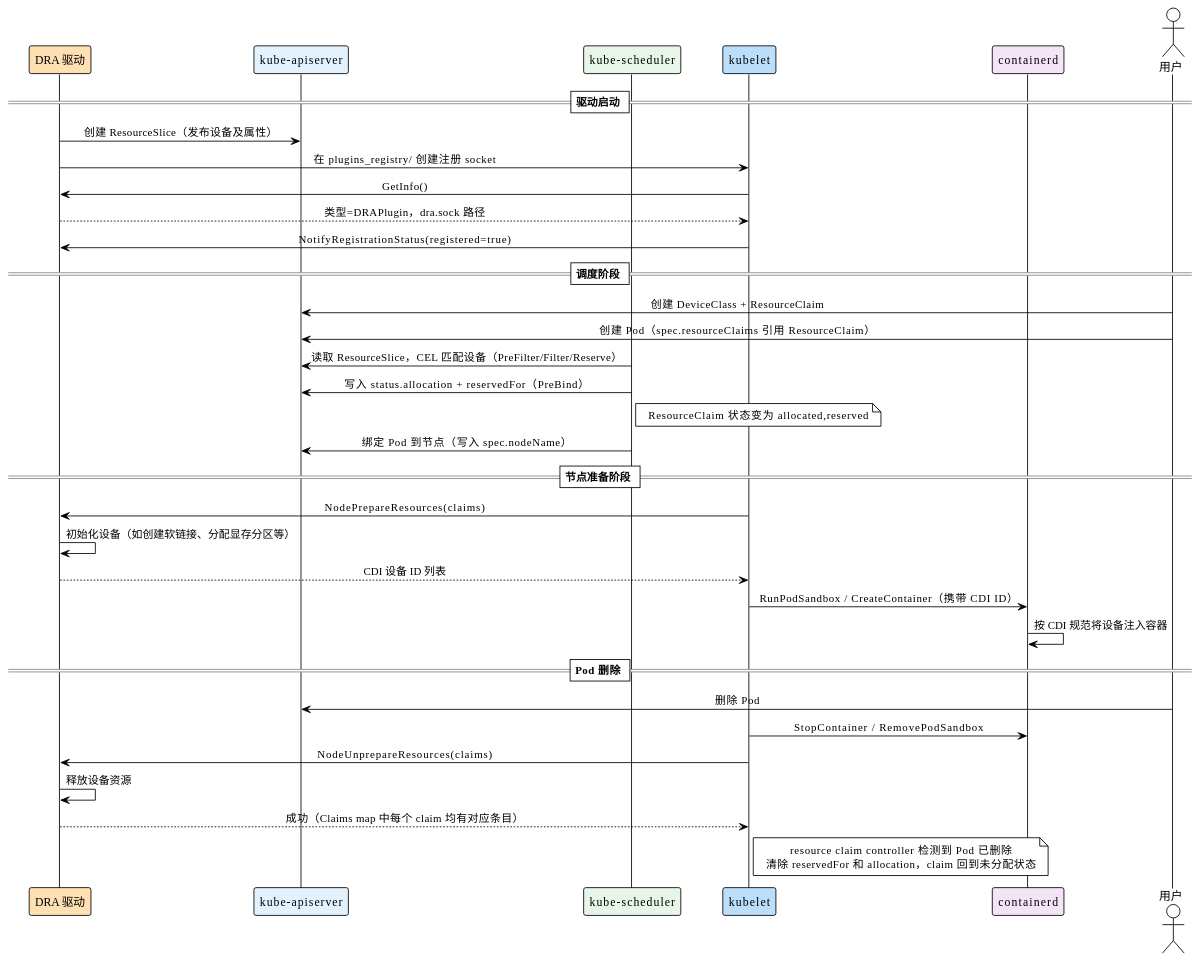
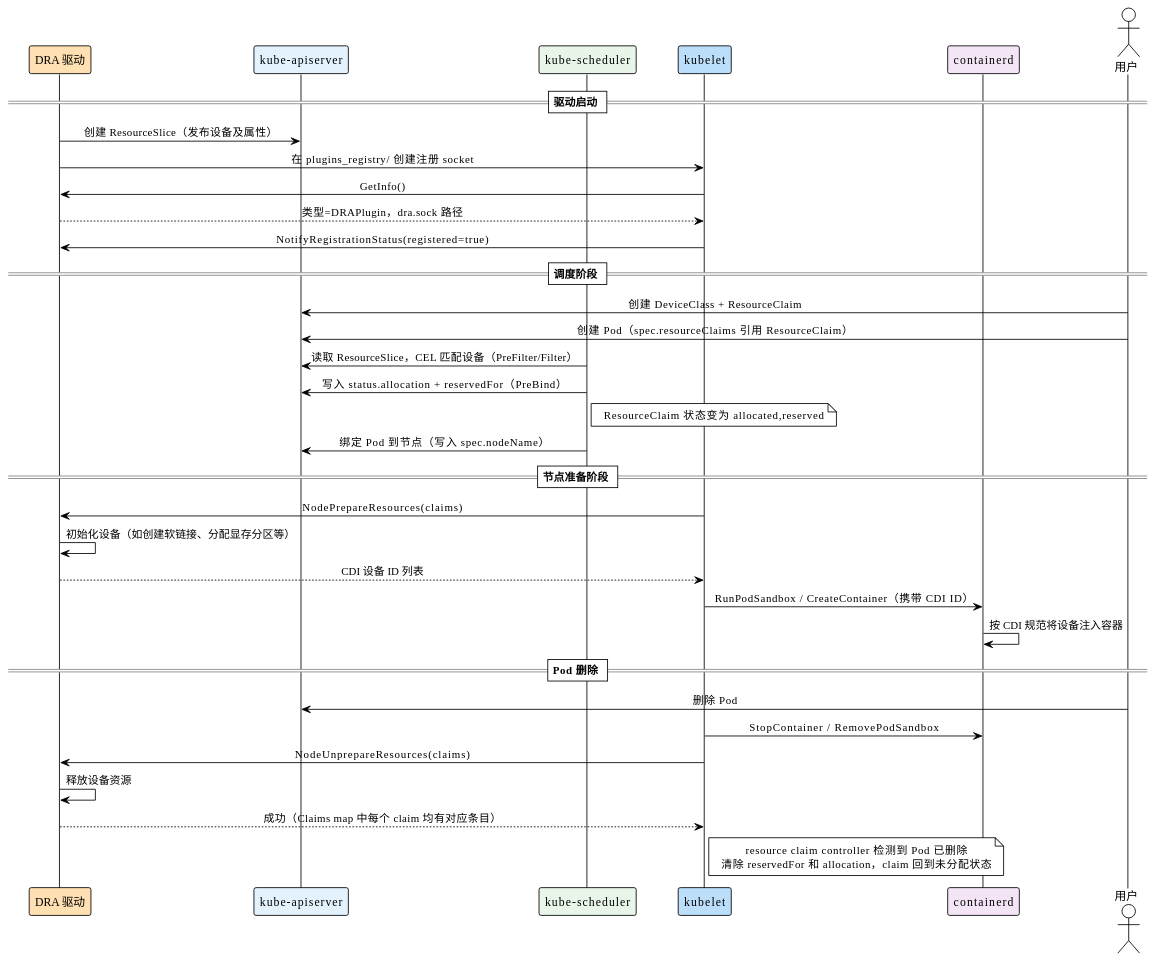
The diagram in content/extensions/dra.md (togettoyou/kubernetes-src-notes), drawn with PlantUML before and after one commit. The commit also changed other lines of this file, not shown here.

````diff
--- a/content/extensions/dra.md
+++ b/content/extensions/dra.md
@@ -152,46 +152,46 @@
 ```plantuml
 @startuml
 !theme plain
 skinparam sequenceMessageAlign center
 skinparam responseMessageBelowArrow true
 skinparam defaultTextAlignment center
 skinparam ParticipantPadding 20
 
 participant "DRA 驱动" as drv #FFE0B2
 participant "kube-apiserver" as api #E3F2FD
 participant "kube-scheduler" as sch #E8F5E9
 participant "kubelet" as k #BBDEFB
 participant "containerd" as cri #F3E5F5
 actor "用户" as user
 
 == 驱动启动 ==
 drv -> api : 创建 ResourceSlice（发布设备及属性）
 drv -> k : 在 plugins_registry/ 创建注册 socket
 k -> drv : GetInfo()
 drv --> k : 类型=DRAPlugin，dra.sock 路径
 k -> drv : NotifyRegistrationStatus(registered=true)
 
 == 调度阶段 ==
 user -> api : 创建 DeviceClass + ResourceClaim
 user -> api : 创建 Pod（spec.resourceClaims 引用 ResourceClaim）
-sch -> api : 读取 ResourceSlice，CEL 匹配设备（PreFilter/Filter/Reserve）
+sch -> api : 读取 ResourceSlice，CEL 匹配设备（PreFilter/Filter）
 sch -> api : 写入 status.allocation + reservedFor（PreBind）
 note right of sch : ResourceClaim 状态变为 allocated,reserved
 sch -> api : 绑定 Pod 到节点（写入 spec.nodeName）
 
 == 节点准备阶段 ==
 k -> drv : NodePrepareResources(claims)
 drv -> drv : 初始化设备（如创建软链接、分配显存分区等）
 drv --> k : CDI 设备 ID 列表
 k -> cri : RunPodSandbox / CreateContainer（携带 CDI ID）
 cri -> cri : 按 CDI 规范将设备注入容器
 
 == Pod 删除 ==
 user -> api : 删除 Pod
 k -> cri : StopContainer / RemovePodSandbox
 k -> drv : NodeUnprepareResources(claims)
 drv -> drv : 释放设备资源
 drv --> k : 成功（Claims map 中每个 claim 均有对应条目）
 note right of k : resource claim controller 检测到 Pod 已删除\n清除 reservedFor 和 allocation，claim 回到未分配状态
 @enduml
 ```
````
